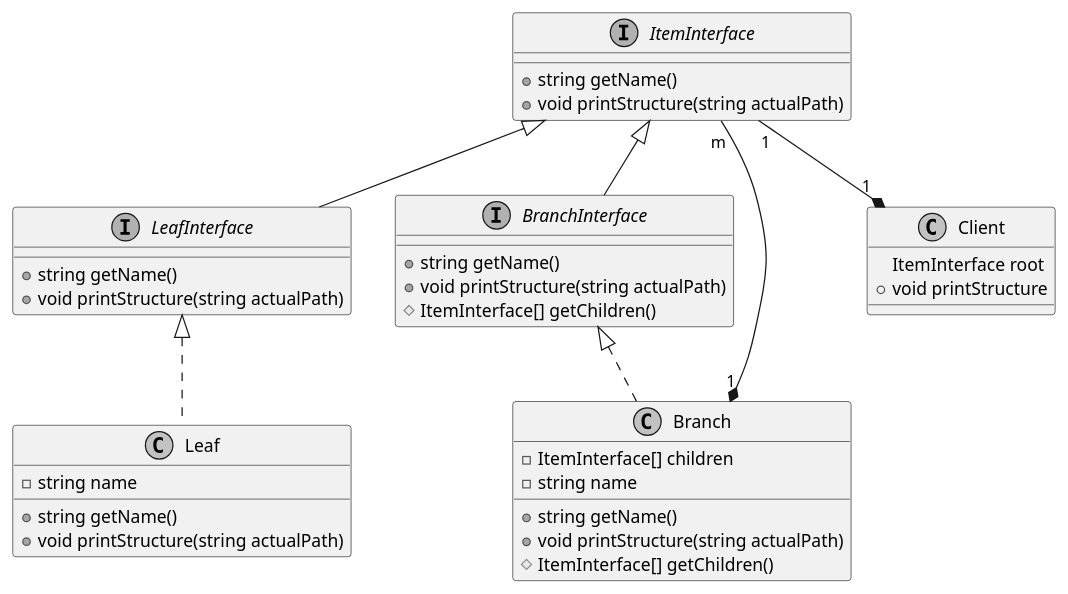
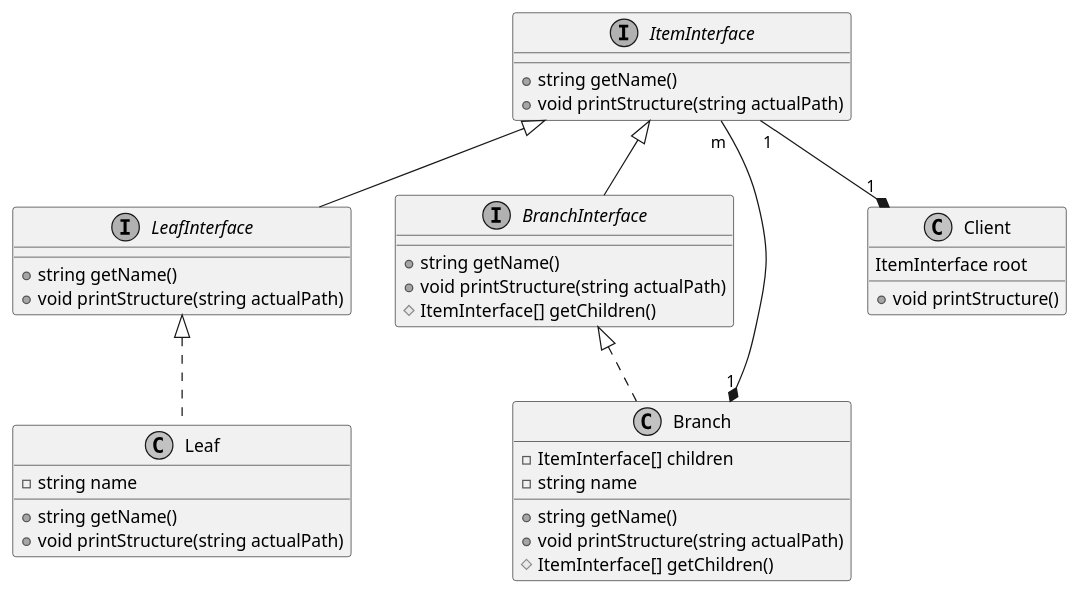
The diagram in docs/uml/composite.puml (mbadal/design-patterns-workshop), drawn with PlantUML before and after one commit.

Commit message:
Updated composite diagram

```diff
--- a/docs/uml/composite.puml
+++ b/docs/uml/composite.puml
@@ -1,49 +1,49 @@
 @startuml
 
 skinparam monochrome true
 
 interface ItemInterface {
     +string getName()
     +void printStructure(string actualPath)
 }
 
 interface LeafInterface {
     +string getName()
     +void printStructure(string actualPath)
 }
 
 interface BranchInterface {
     +string getName()
     +void printStructure(string actualPath)
     #ItemInterface[] getChildren()
 }
 
 class Leaf {
     -string name
     +string getName()
     +void printStructure(string actualPath)
 }
 
 class Branch {
     -ItemInterface[] children
     -string name
     +string getName()
     +void printStructure(string actualPath)
     #ItemInterface[] getChildren()
 
 }
 
 class Client {
     ItemInterface root
-    +void printStructure
+    +void printStructure()
 }
 
 ItemInterface <|-- LeafInterface
 ItemInterface <|-- BranchInterface
 LeafInterface <|.. Leaf
 BranchInterface <|.. Branch
 ItemInterface "m" --* "1" Branch
 ItemInterface "1" --* "1" Client
 
 
 @enduml
```
